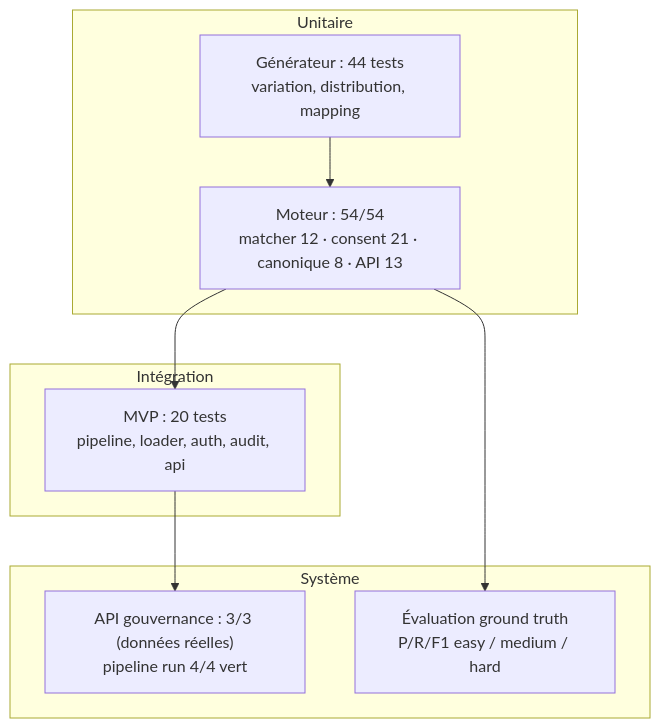
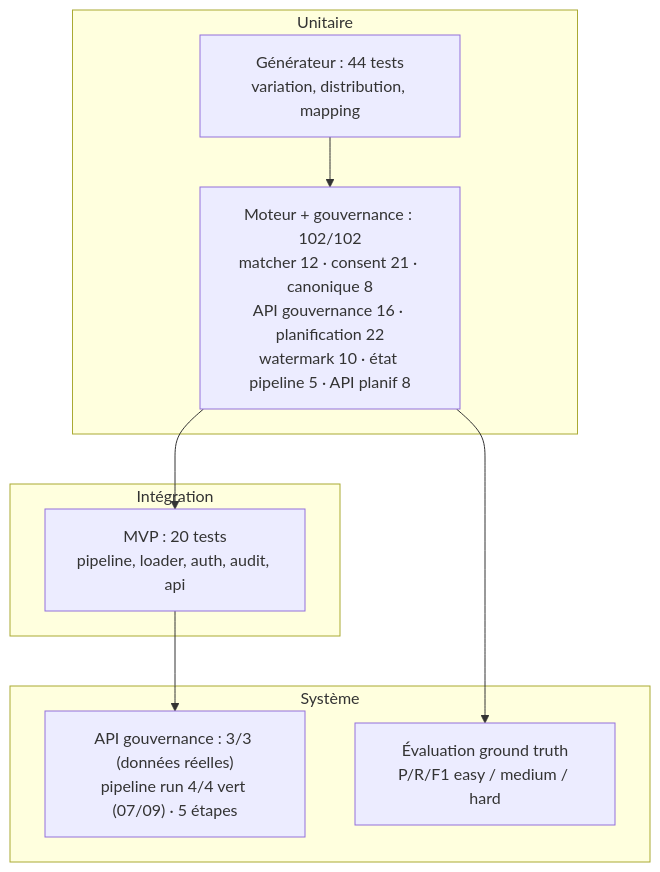
One commit to Alphamanjaka/test-big-data changed the diagram in chapters/07-tests.md. Above: the diagram before and after it, drawn with Mermaid. The commit also changed other lines of this file and 7 other files, not shown here.

````diff
--- a/chapters/07-tests.md
+++ b/chapters/07-tests.md
@@ -19,16 +19,16 @@
 ```mermaid
 flowchart TD
     subgraph Unitaire
         G["Générateur : 44 tests<br/>variation, distribution, mapping"]
-        E["Moteur : 54/54<br/>matcher 12 · consent 21 · canonique 8 · API 13"]
+        E["Moteur + gouvernance : 102/102<br/>matcher 12 · consent 21 · canonique 8<br/>API gouvernance 16 · planification 22<br/>watermark 10 · état pipeline 5 · API planif 8"]
     end
     subgraph Intégration
         MVP["MVP : 20 tests<br/>pipeline, loader, auth, audit, api"]
     end
     subgraph Système
-        API["API gouvernance : 3/3 (données réelles)<br/>pipeline run 4/4 vert"]
+        API["API gouvernance : 3/3 (données réelles)<br/>pipeline run 4/4 vert (07/09) · 5 étapes"]
         EVAL["Évaluation ground truth<br/>P/R/F1 easy / medium / hard"]
     end
     G --> E --> MVP --> API
     E --> EVAL
 ```
````
